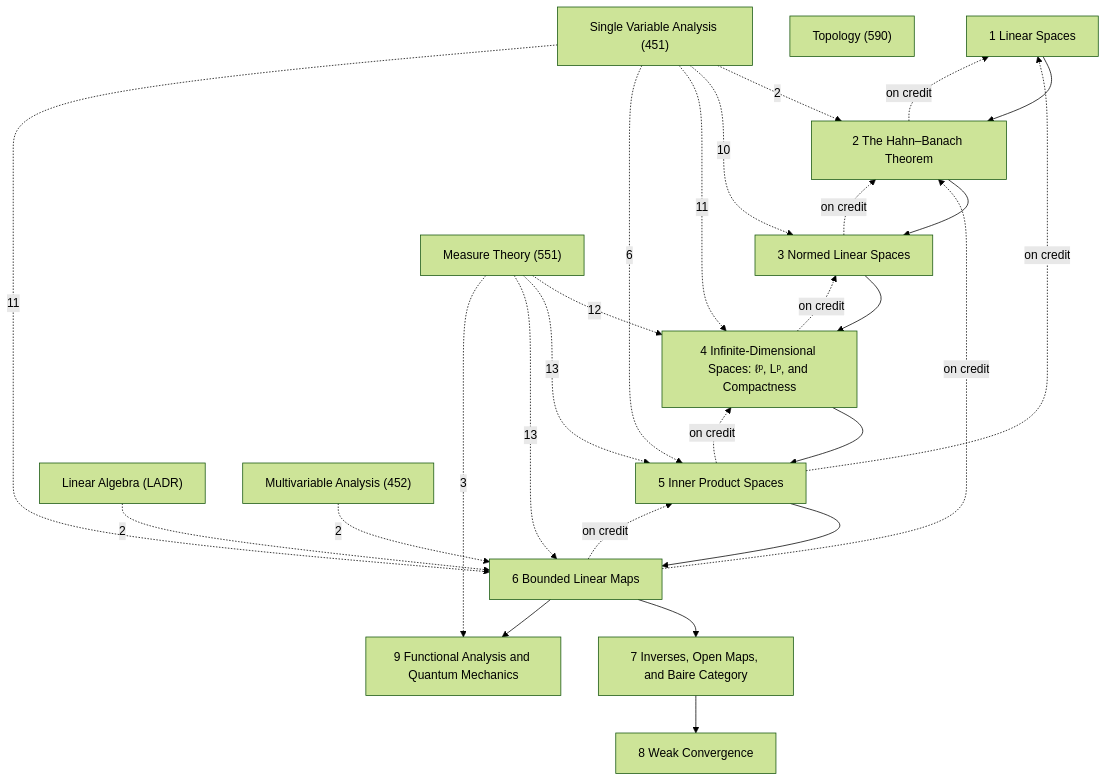
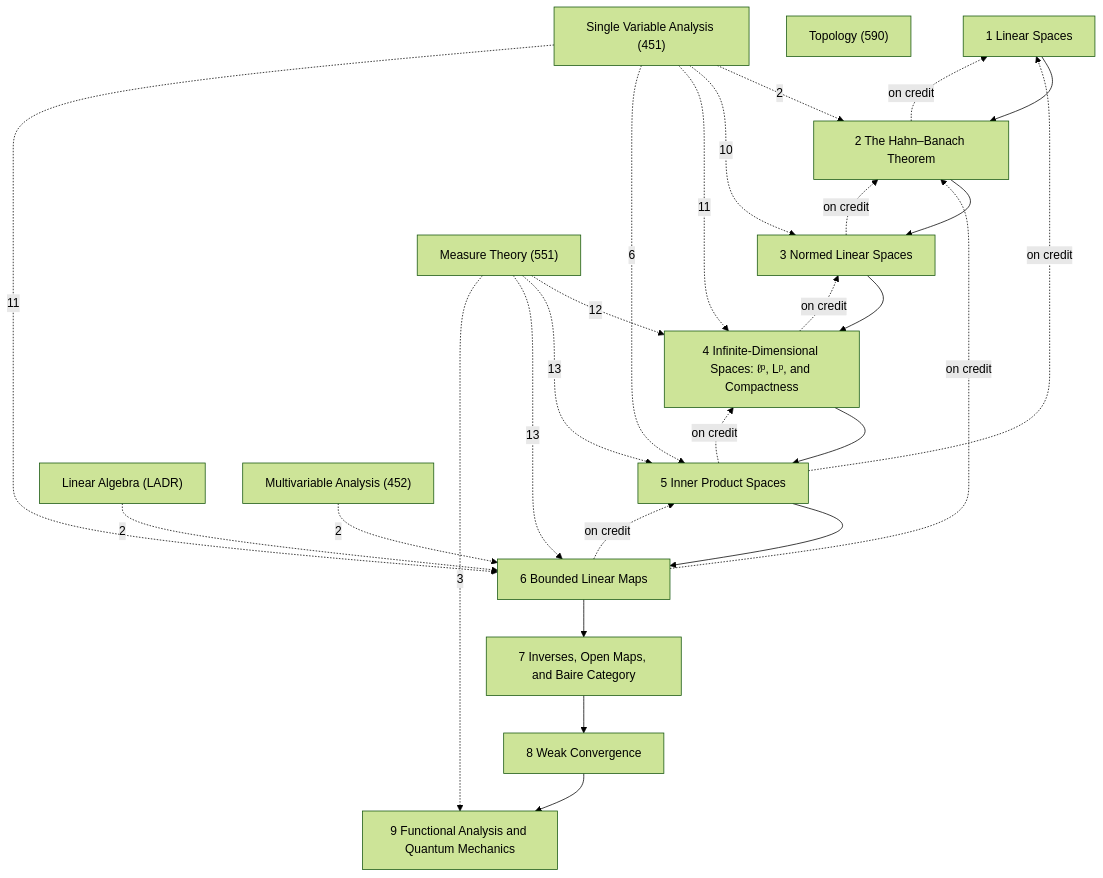
One commit to Onion20040508/notes changed the diagram in Math/Functional Analysis/Functional Analysis.md. Above: the diagram before and after it, drawn with Mermaid (forest theme). The commit also changed other lines of this file and 86 other files, not shown here.

````diff
--- a/Math/Functional Analysis/Functional Analysis.md
+++ b/Math/Functional Analysis/Functional Analysis.md
@@ -33,43 +33,43 @@
 ```mermaid
 graph TD
   C1["1 Linear Spaces"]
   C2["2 The Hahn–Banach Theorem"]
   C3["3 Normed Linear Spaces"]
   C4["4 Infinite-Dimensional Spaces: ℓᵖ, Lᵖ, and Compactness"]
   C5["5 Inner Product Spaces"]
   C6["6 Bounded Linear Maps"]
   C7["7 Inverses, Open Maps, and Baire Category"]
   C8["8 Weak Convergence"]
   C9["9 Functional Analysis and Quantum Mechanics"]
   X1["Linear Algebra (LADR)"]
   X2["Measure Theory (551)"]
   X3["Topology (590)"]
   X4["Single Variable Analysis (451)"]
   X5["Multivariable Analysis (452)"]
   C1 --> C2
   C2 --> C3
   C3 --> C4
   C4 --> C5
   C5 --> C6
   C6 --> C7
-  C6 --> C9
   C7 --> C8
+  C8 --> C9
   C2 -.->|on credit| C1
   C3 -.->|on credit| C2
   C4 -.->|on credit| C3
   C5 -.->|on credit| C1
   C5 -.->|on credit| C4
   C6 -.->|on credit| C2
   C6 -.->|on credit| C5
   X1 -.->|2| C6
   X2 -.->|12| C4
   X2 -.->|13| C5
   X2 -.->|13| C6
   X2 -.->|3| C9
   X5 -.->|2| C6
   X4 -.->|2| C2
   X4 -.->|10| C3
   X4 -.->|11| C4
   X4 -.->|6| C5
   X4 -.->|11| C6
 ```
````
